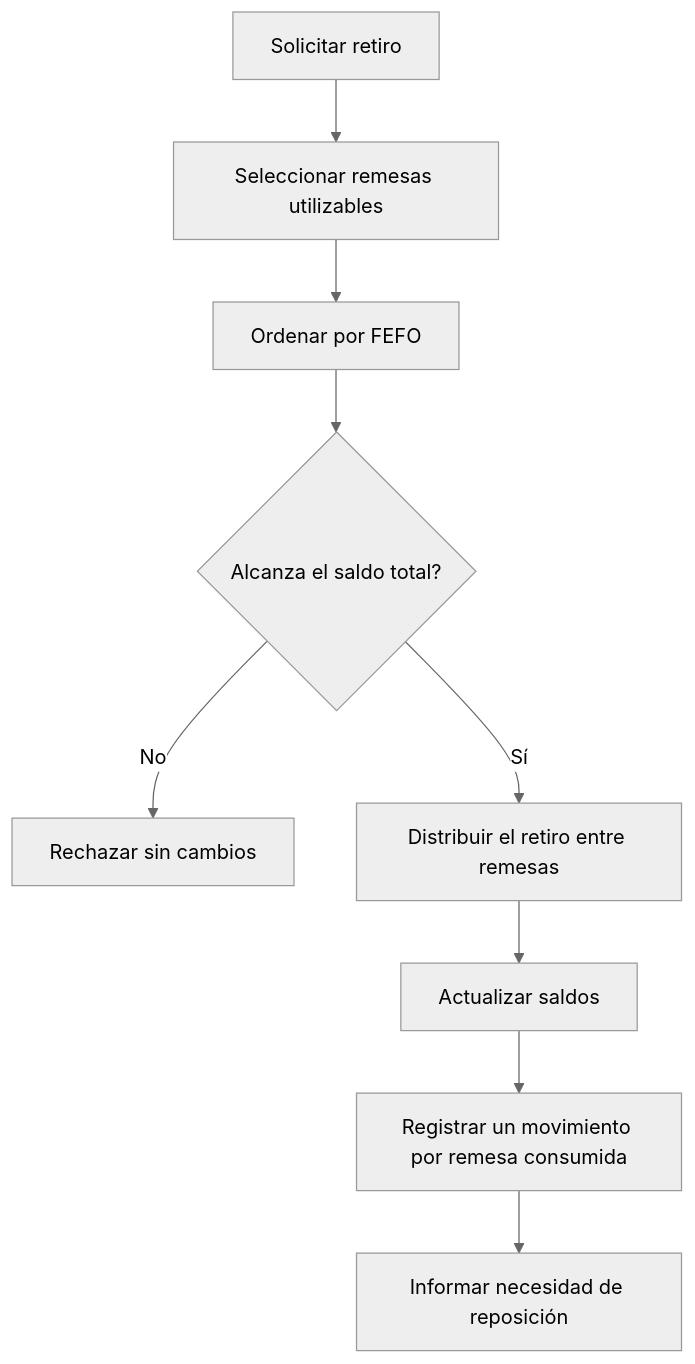
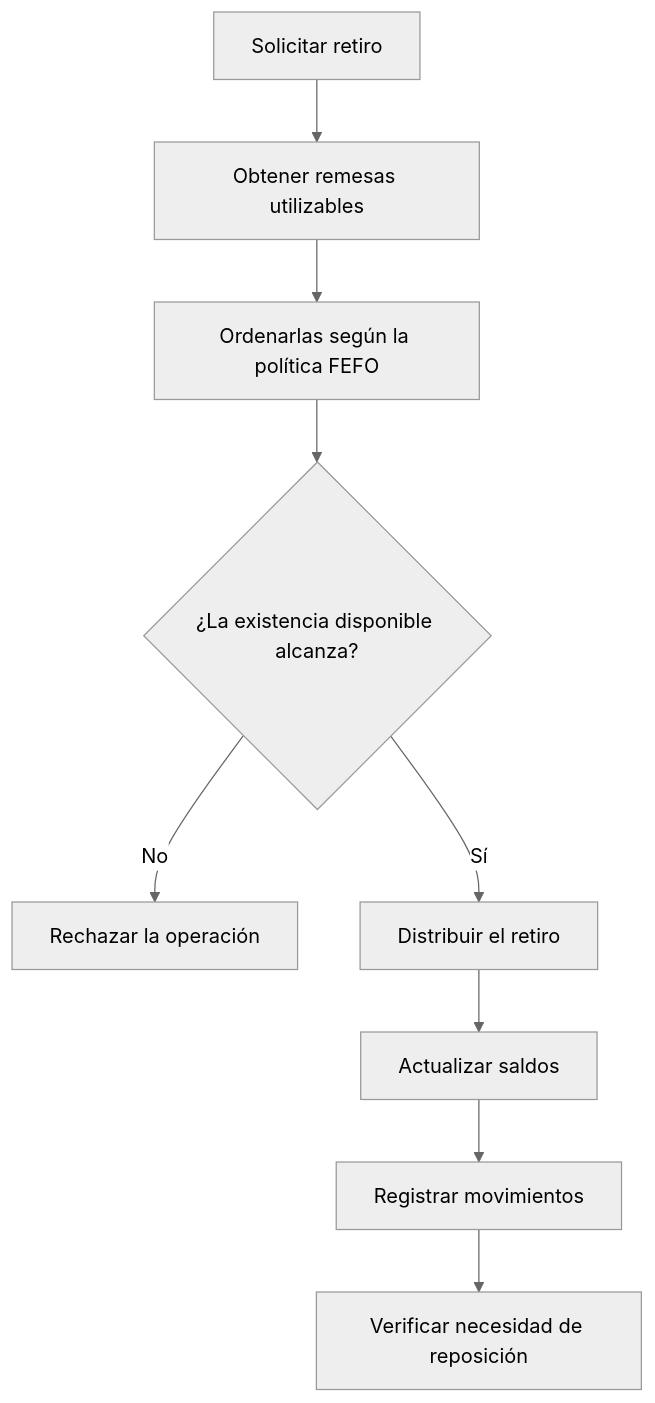
Before and after one commit to cmondrzak/tp-inventario-jit-trazabilidad: the second of 2 diagrams in README.md, drawn with Mermaid (neutral theme). The commit also changed other lines of this file, not shown here.

````diff
--- a/README.md
+++ b/README.md
@@ -51,11 +67,12 @@
 ```mermaid
 flowchart TD
-    A[Solicitar retiro] --> B[Seleccionar remesas utilizables]
-    B --> C[Ordenar por FEFO]
-    C --> D{Alcanza el saldo total?}
-    D -->|No| E[Rechazar sin cambios]
-    D -->|Sí| F[Distribuir el retiro entre remesas]
+    A[Solicitar retiro]
+    A --> B[Obtener remesas utilizables]
+    B --> C[Ordenarlas según la política FEFO]
+    C --> D{¿La existencia disponible alcanza?}
+    D -->|No| E[Rechazar la operación]
+    D -->|Sí| F[Distribuir el retiro]
     F --> G[Actualizar saldos]
-    G --> H[Registrar un movimiento por remesa consumida]
-    H --> I[Informar necesidad de reposición]
+    G --> H[Registrar movimientos]
+    H --> I[Verificar necesidad de reposición]
 ```
````
